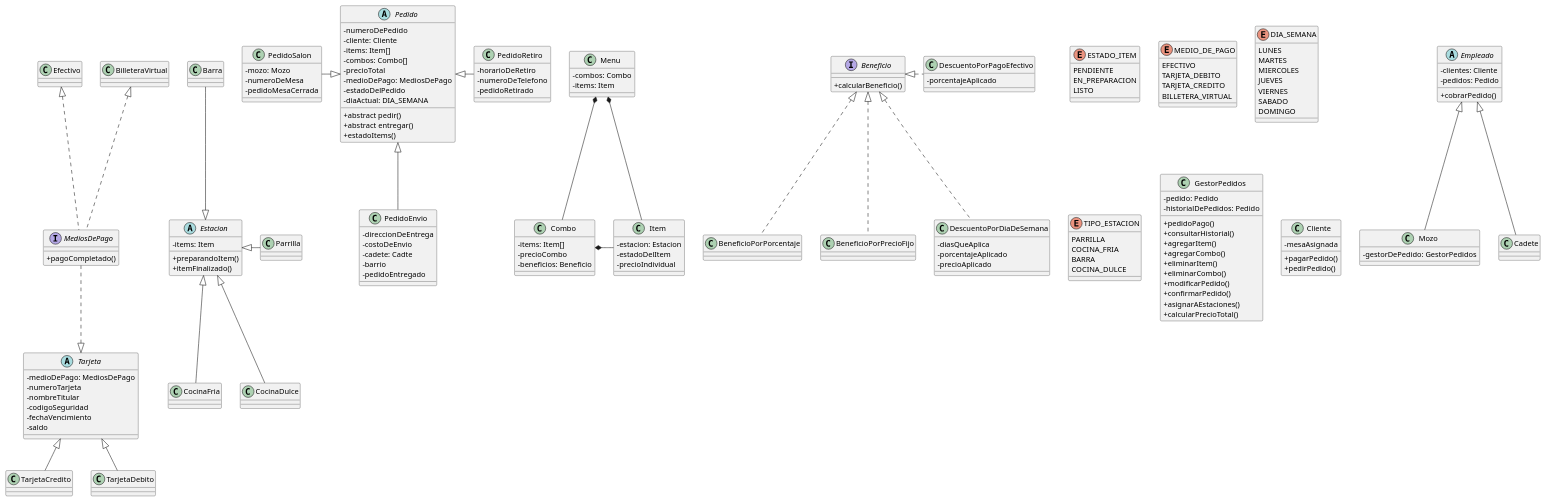
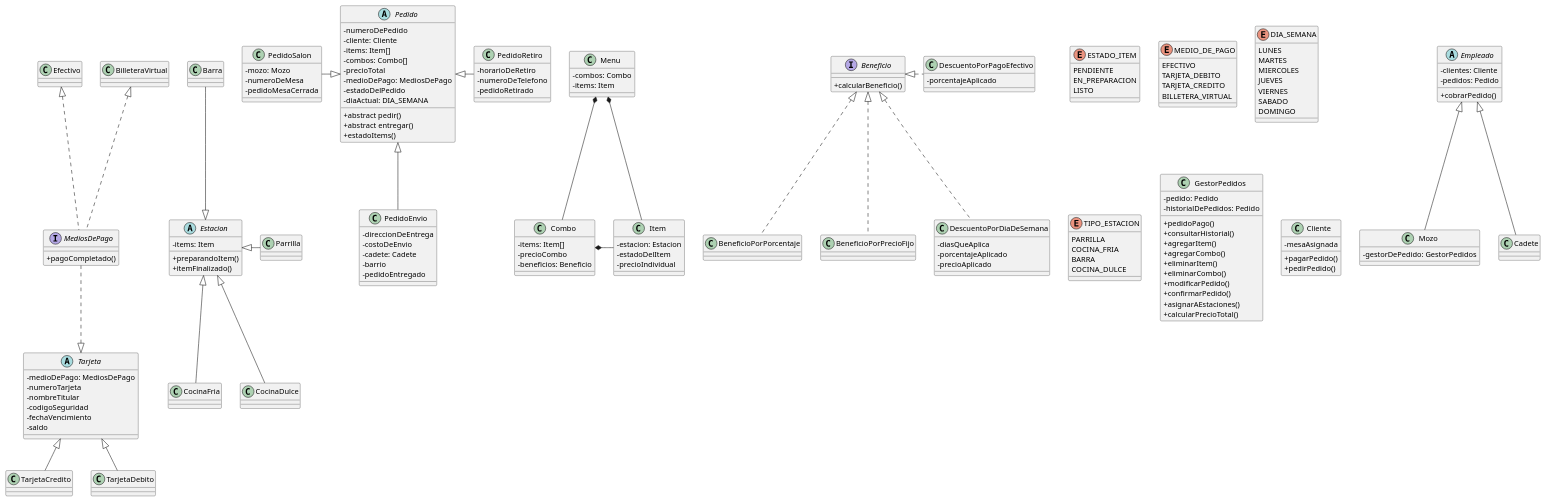
Before and after one commit to BrunoE99/tp_restaurante_programacion_II: the diagram in diagramas/clasesTP.puml, drawn with PlantUML. The commit also changed 2 other files, not shown here.

```diff
--- a/diagramas/clasesTP.puml
+++ b/diagramas/clasesTP.puml
@@ -79,7 +79,7 @@
 class PedidoEnvio {
     - direccionDeEntrega
     - costoDeEnvio
-    - cadete: Cadte
+    - cadete: Cadete
     - barrio
     - pedidoEntregado
 }
```
